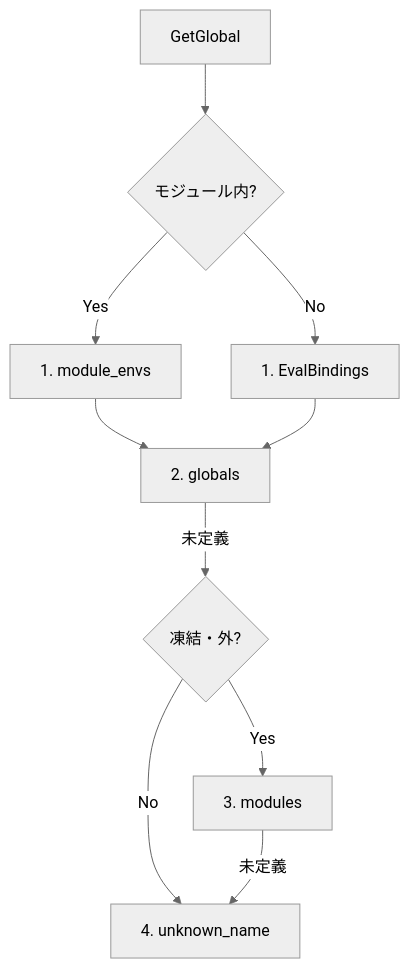
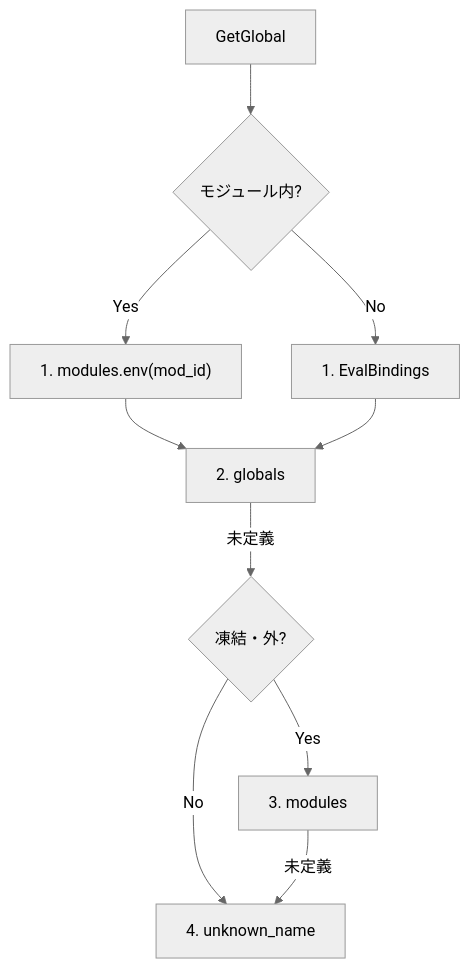
Before and after one commit to TappoyGK/rin: the second of 2 diagrams in docs/architecture.md, drawn with Mermaid (neutral theme). The commit also changed other lines of this file and 90 other files, not shown here.

````diff
--- a/docs/architecture.md
+++ b/docs/architecture.md
@@ -57,12 +67,12 @@
 ```mermaid
 flowchart TD
     A["GetGlobal"] --> B{"モジュール内?"}
-    B -->|"Yes"| C["1. module_envs"]
+    B -->|"Yes"| C["1. modules.env(mod_id)"]
     B -->|"No"| D["1. EvalBindings"]
     C --> E["2. globals"]
     D --> E
     E -->|"未定義"| F{"凍結・外?"}
     F -->|"Yes"| G["3. modules"]
     F -->|"No"| H["4. unknown_name"]
     G -->|"未定義"| H
 ```
````
